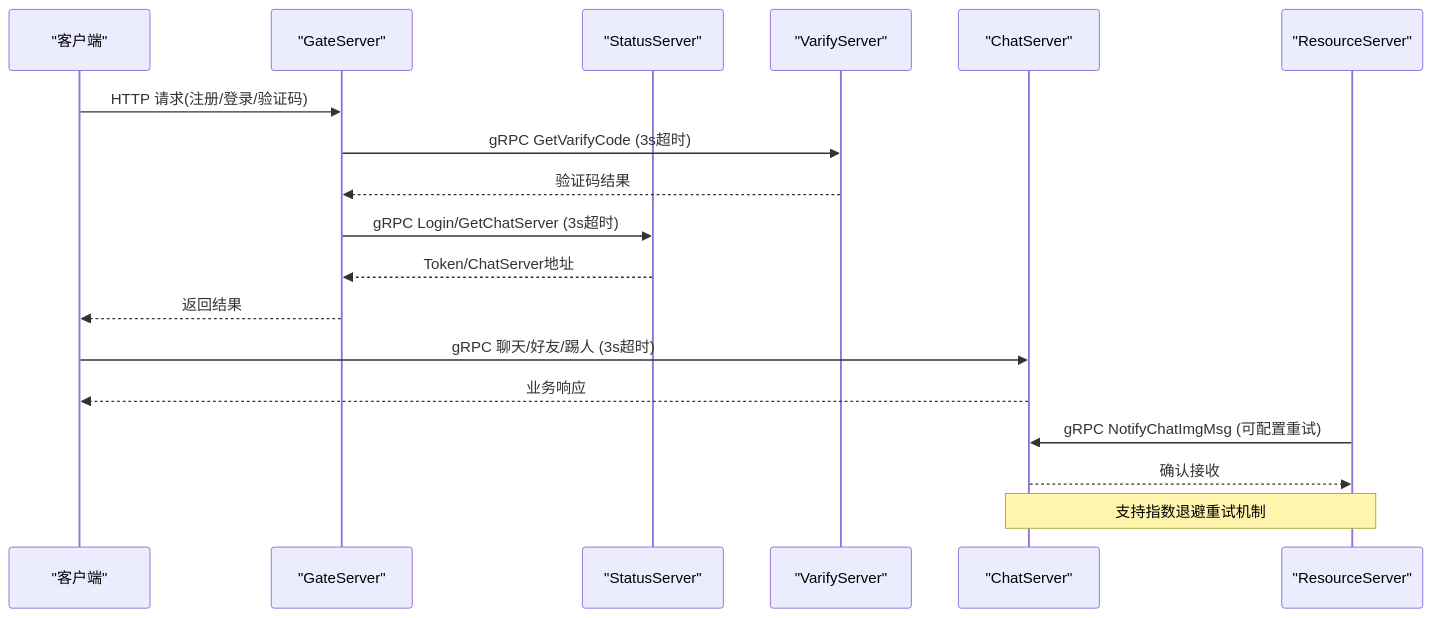
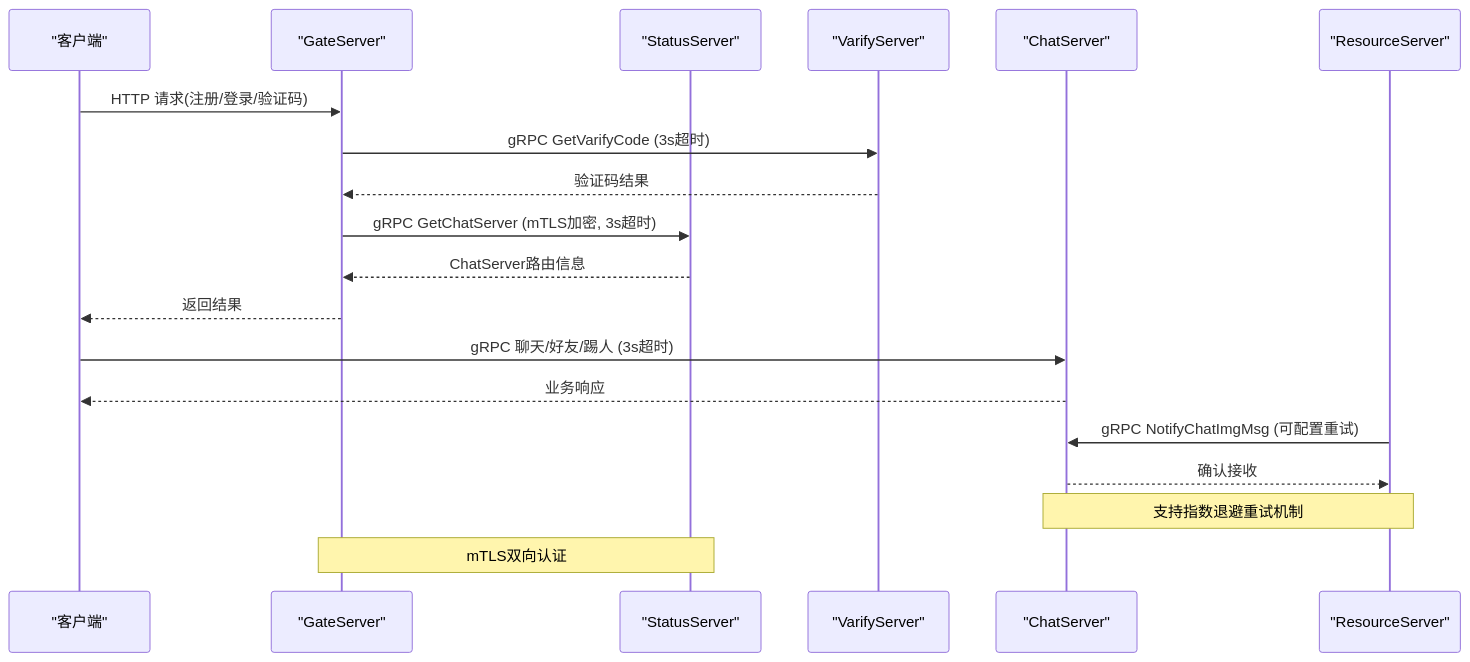
One commit to echo9923/mychatter changed the second of 8 diagrams in .qoder/repowiki/zh/content/架构设计/微服务架构设计/服务间通信机制.md. Above: the diagram before and after it, drawn with Mermaid. The commit also changed other lines of this file and 107 other files, not shown here.

````diff
--- a/.qoder/repowiki/zh/content/架构设计/微服务架构设计/服务间通信机制.md
+++ b/.qoder/repowiki/zh/content/架构设计/微服务架构设计/服务间通信机制.md
@@ -145,20 +146,21 @@
 ```mermaid
 sequenceDiagram
 participant Client as "客户端"
 participant Gate as "GateServer"
 participant Status as "StatusServer"
 participant Verify as "VarifyServer"
 participant Chat as "ChatServer"
 participant Res as "ResourceServer"
 Client->>Gate : HTTP 请求(注册/登录/验证码)
 Gate->>Verify : gRPC GetVarifyCode (3s超时)
 Verify-->>Gate : 验证码结果
-Gate->>Status : gRPC Login/GetChatServer (3s超时)
-Status-->>Gate : Token/ChatServer地址
+Gate->>Status : gRPC GetChatServer (mTLS加密, 3s超时)
+Status-->>Gate : ChatServer路由信息
 Gate-->>Client : 返回结果
 Client->>Chat : gRPC 聊天/好友/踢人 (3s超时)
 Chat-->>Client : 业务响应
 Res->>Chat : gRPC NotifyChatImgMsg (可配置重试)
 Chat-->>Res : 确认接收
 Note over Chat,Res : 支持指数退避重试机制
+Note over Gate,Status : mTLS双向认证
 ```
````
